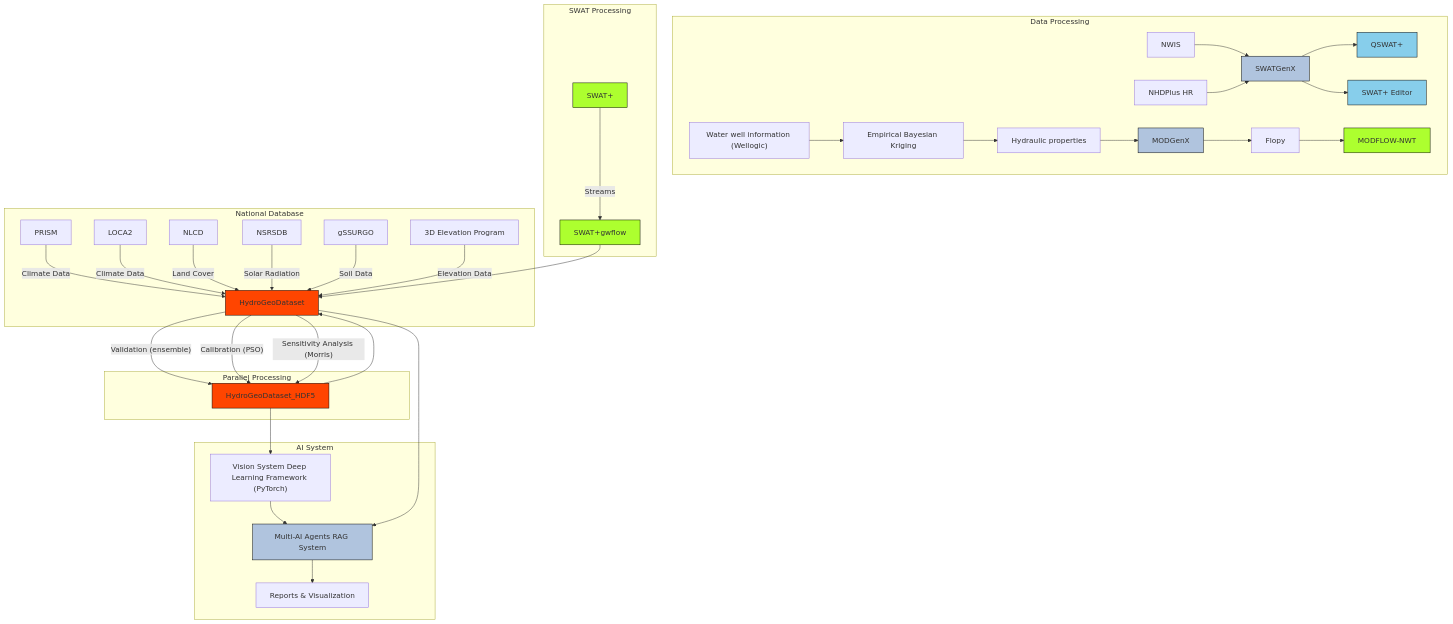
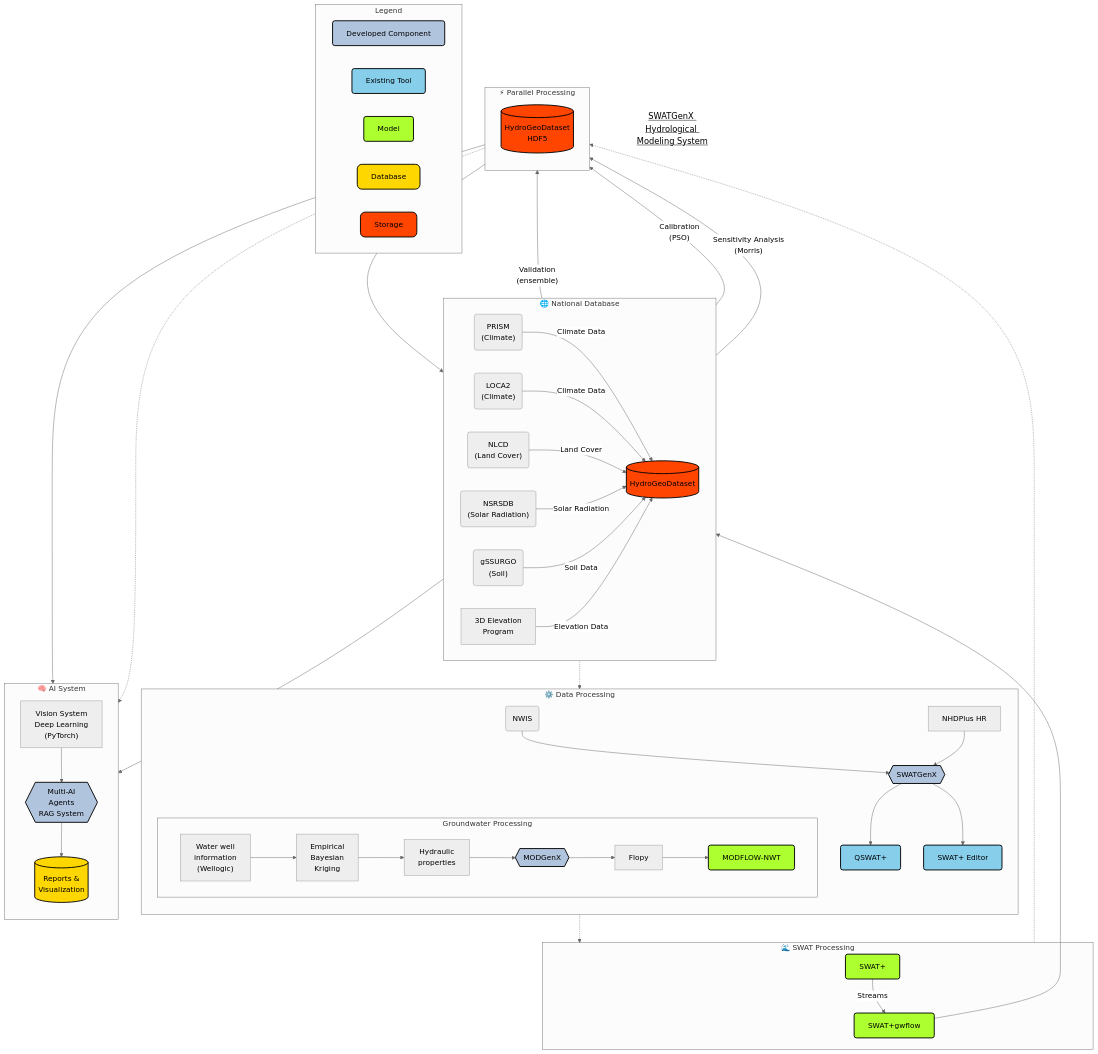
Before and after one commit to VahidMSU/HydroDeepNet: the diagram in README.md, drawn with Mermaid.

Commit message:
Fix Mermaid rendering issue

````diff
--- a/README.md
+++ b/README.md
@@ -1,51 +1,83 @@
 ```mermaid
-graph TD
-    subgraph National_Database["National Database"]
-        PRISM -->|Climate Data| HydroGeoDataset
-        LOCA2 -->|Climate Data| HydroGeoDataset
-        NLCD -->|Land Cover| HydroGeoDataset
-        NSRSDB -->|Solar Radiation| HydroGeoDataset
-        gSSURGO -->|Soil Data| HydroGeoDataset
-        ElevationProgram["3D Elevation Program"] -->|Elevation Data| HydroGeoDataset
+%%{init: {'theme': 'neutral', 'flowchart': {'curve': 'basis'}}}%%
+graph TB
+    %% Title and overall styling
+    title[<u>SWATGenX Hydrological Modeling System</u>]
+    title:::title
+    
+    subgraph National_Database["🌐 National Database"]
+        direction LR
+        PRISM("PRISM<br>(Climate)") -->|Climate Data| HydroGeoDataset[(HydroGeoDataset)]
+        LOCA2("LOCA2<br>(Climate)") -->|Climate Data| HydroGeoDataset
+        NLCD("NLCD<br>(Land Cover)") -->|Land Cover| HydroGeoDataset
+        NSRSDB("NSRSDB<br>(Solar Radiation)") -->|Solar Radiation| HydroGeoDataset
+        gSSURGO("gSSURGO<br>(Soil)") -->|Soil Data| HydroGeoDataset
+        ElevationProgram["3D Elevation<br>Program"] -->|Elevation Data| HydroGeoDataset
     end
 
-    subgraph Data_Processing["Data Processing"]
-        NWIS --> SWATGenX
+    subgraph Data_Processing["⚙️ Data Processing"]
+        direction TB
+        NWIS("NWIS") --> SWATGenX{{SWATGenX}}
         NHDPlusHR["NHDPlus HR"] --> SWATGenX
         SWATGenX --> QSWATPlus["QSWAT+"]
         SWATGenX --> SWATPlusEditor["SWAT+ Editor"]
-        WellInfo["Water well information (Wellogic)"] --> EBK["Empirical Bayesian Kriging"]
-        EBK --> HydraulicProps["Hydraulic properties"]
-        HydraulicProps --> MODGenX
-        MODGenX --> Flopy
-        Flopy --> MODFLOWNWT["MODFLOW-NWT"]
+        
+        subgraph Groundwater_Processing["Groundwater Processing"]
+            direction LR
+            WellInfo["Water well<br>information<br>(Wellogic)"] --> EBK["Empirical<br>Bayesian<br>Kriging"]
+            EBK --> HydraulicProps["Hydraulic<br>properties"]
+            HydraulicProps --> MODGenX{{MODGenX}}
+            MODGenX --> Flopy["Flopy"]
+            Flopy --> MODFLOWNWT["MODFLOW-NWT"]
+        end
     end
 
-    subgraph SWAT_Processing["SWAT Processing"]
+    subgraph SWAT_Processing["🌊 SWAT Processing"]
         SWATPlus["SWAT+"] -->|Streams| SWATPlusGwflow["SWAT+gwflow"]
         SWATPlusGwflow --> HydroGeoDataset
     end
 
-    subgraph Parallel_Processing["Parallel Processing"]
-        HydroGeoDataset -- "Validation (ensemble)" --> HydroGeoDataset_HDF5
-        HydroGeoDataset -- "Calibration (PSO)" --> HydroGeoDataset_HDF5
-        HydroGeoDataset -- "Sensitivity Analysis (Morris)" --> HydroGeoDataset_HDF5
+    subgraph Parallel_Processing["⚡ Parallel Processing"]
+        direction TB
+        HydroGeoDataset -- "Validation<br>(ensemble)" --> HydroGeoDataset_HDF5[("HydroGeoDataset<br>HDF5")]
+        HydroGeoDataset -- "Calibration<br>(PSO)" --> HydroGeoDataset_HDF5
+        HydroGeoDataset -- "Sensitivity Analysis<br>(Morris)" --> HydroGeoDataset_HDF5
     end
 
-    subgraph AI_System["AI System"]
-        HydroGeoDataset_HDF5 --> VisionSystem["Vision System Deep Learning Framework (PyTorch)"]
+    subgraph AI_System["🧠 AI System"]
+        direction TB
+        HydroGeoDataset_HDF5 --> VisionSystem["Vision System<br>Deep Learning<br>(PyTorch)"]
         HydroGeoDataset_HDF5 --> HydroGeoDataset
-        VisionSystem --> MultiAI["Multi-AI Agents RAG System"]
+        VisionSystem --> MultiAI{{Multi-AI<br>Agents<br>RAG System}}
         HydroGeoDataset --> MultiAI
-        MultiAI --> Reports["Reports & Visualization"]
+        MultiAI --> Reports[("Reports &<br>Visualization")]
     end
 
-    classDef developed fill:#B0C4DE,stroke:#000,stroke-width:1px
-    classDef existing fill:#87CEEB,stroke:#000,stroke-width:1px
-    classDef models fill:#ADFF2F,stroke:#000,stroke-width:1px
-    classDef database fill:#FFD700,stroke:#000,stroke-width:1px
-    classDef storage fill:#FF4500,stroke:#000,stroke-width:1px
+    %% Connections between subgraphs
+    National_Database -.-> Data_Processing
+    Data_Processing -.-> SWAT_Processing
+    SWAT_Processing -.-> Parallel_Processing
+    Parallel_Processing -.-> AI_System
 
+    %% Legend
+    subgraph Legend["Legend"]
+        direction LR
+        dev["Developed Component"]:::developed
+        ex["Existing Tool"]:::existing
+        mod["Model"]:::models
+        db["Database"]:::database
+        sto["Storage"]:::storage
+    end
+
+    %% Class Definitions with enhanced styling
+    classDef developed fill:#B0C4DE,stroke:#000,stroke-width:2px,rx:5,ry:5
+    classDef existing fill:#87CEEB,stroke:#000,stroke-width:2px,rx:5,ry:5
+    classDef models fill:#ADFF2F,stroke:#000,stroke-width:2px,rx:5,ry:5
+    classDef database fill:#FFD700,stroke:#000,stroke-width:2px,rx:10,ry:10
+    classDef storage fill:#FF4500,stroke:#000,stroke-width:2px,rx:10,ry:10
+    classDef title font-size:18px,fill:none,stroke:none
+    
+    %% Apply classes to nodes
     HydroGeoDataset_HDF5:::storage
     HydroGeoDataset:::storage
     SWATPlusGwflow:::models
@@ -56,4 +88,5 @@
     SWATGenX:::developed
     MODGenX:::developed
     MultiAI:::developed
+    Reports:::database
 ```
````
